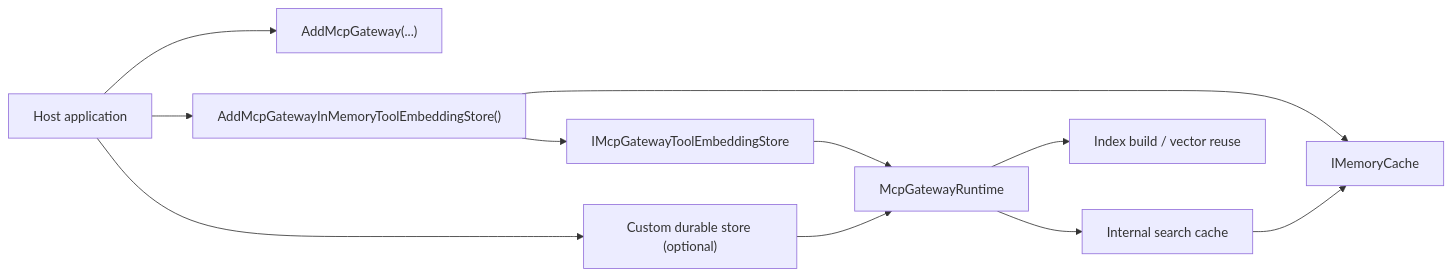
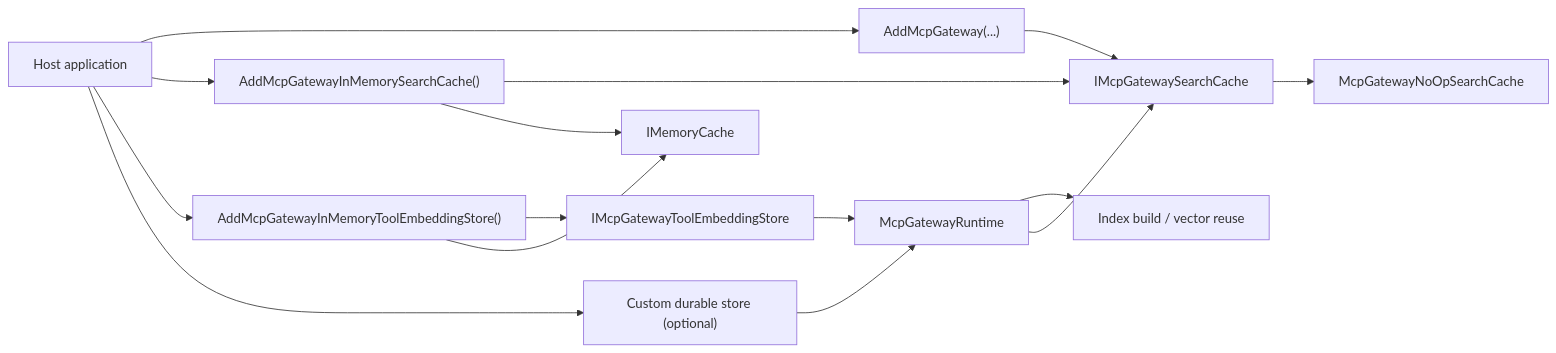
One commit to managedcode/MCPGateway changed the diagram in docs/ADR/ADR-0004-process-local-embedding-store-uses-imemorycache.md. Above: the diagram before and after it, drawn with Mermaid. The commit also changed other lines of this file and 40 other files, not shown here.

````diff
--- a/docs/ADR/ADR-0004-process-local-embedding-store-uses-imemorycache.md
+++ b/docs/ADR/ADR-0004-process-local-embedding-store-uses-imemorycache.md
@@ -24,13 +24,17 @@
 ```mermaid
 flowchart LR
     Host["Host application"] --> DI["AddMcpGateway(...)"]
+    DI --> SearchCache["IMcpGatewaySearchCache"]
+    SearchCache --> NoOpCache["McpGatewayNoOpSearchCache"]
+    Host --> SearchCacheRegistration["AddMcpGatewayInMemorySearchCache()"]
+    SearchCacheRegistration --> SearchCache
+    SearchCacheRegistration --> MemoryCache["IMemoryCache"]
     Host --> CacheRegistration["AddMcpGatewayInMemoryToolEmbeddingStore()"]
-    CacheRegistration --> MemoryCache["IMemoryCache"]
     CacheRegistration --> Store["IMcpGatewayToolEmbeddingStore"]
+    CacheRegistration --> MemoryCache
     Store --> Runtime["McpGatewayRuntime"]
     Runtime --> Search["Index build / vector reuse"]
-    Runtime --> RuntimeCache["Internal search cache"]
-    RuntimeCache --> MemoryCache
+    Runtime --> SearchCache
     Host --> CustomStore["Custom durable store (optional)"]
     CustomStore --> Runtime
 ```
````
